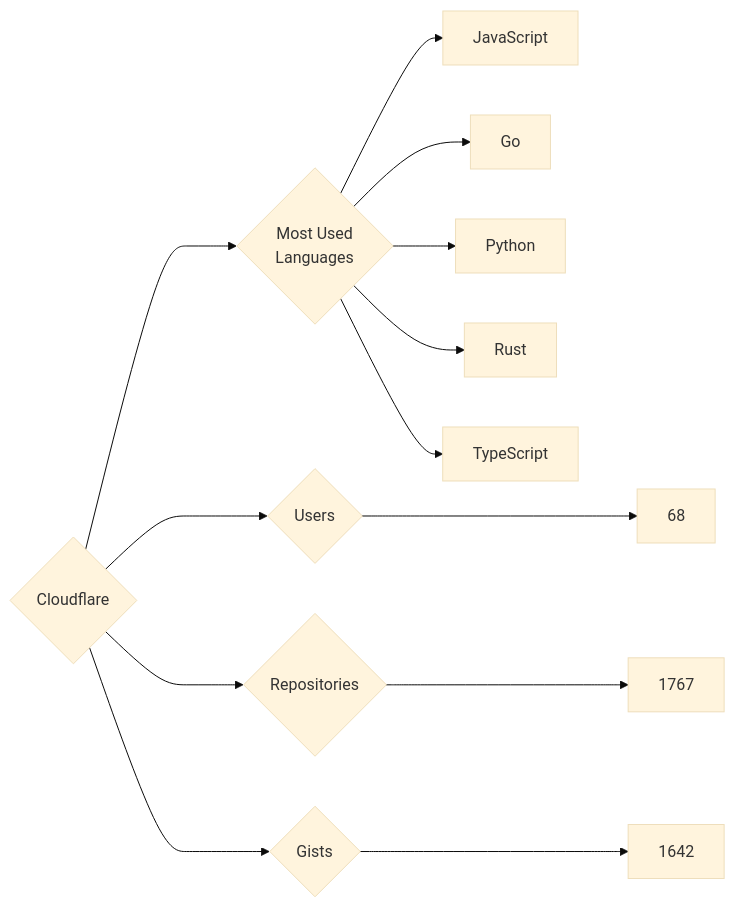
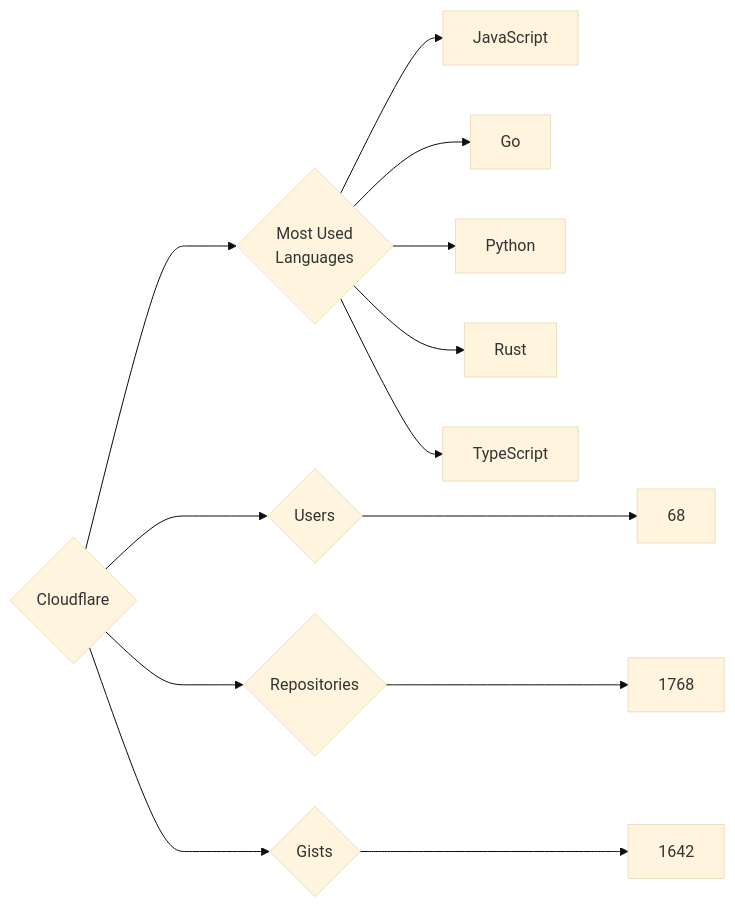
The diagram in targets/Cloudflare/README.md (trickest/insiders), drawn with Mermaid (base theme) before and after one commit. The commit also changed 699 other files, not shown here.

````diff
--- a/targets/Cloudflare/README.md
+++ b/targets/Cloudflare/README.md
@@ -3,13 +3,13 @@
 ```mermaid
 graph LR
 COMPANY_NAME{Cloudflare}
 COMPANY_NAME ---> U{Users} ---> UN[68]
-COMPANY_NAME ---> R{Repositories} ---> RN[1767]
+COMPANY_NAME ---> R{Repositories} ---> RN[1768]
 COMPANY_NAME ---> G{Gists} ---> GN[1642]
 COMPANY_NAME ---> ML{Most Used<br>Languages}
 ML --> JavaScript[JavaScript]
 ML --> Go[Go]
 ML --> Python[Python]
 ML --> Rust[Rust]
 ML --> TypeScript[TypeScript]
 ```
````
